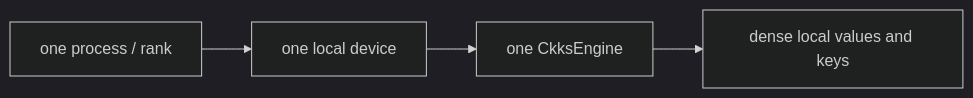
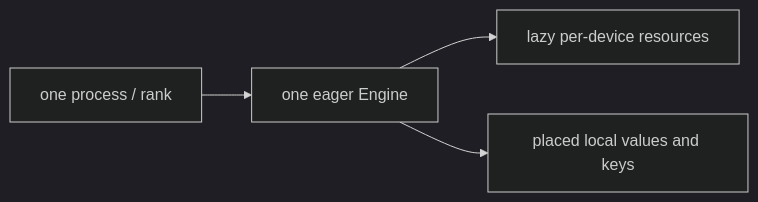
One commit to visualDust/fhelium changed the first of 3 diagrams in docs/concepts/architecture/ownership-and-responsibilities.md. Above: the diagram before and after it, drawn with Mermaid (dark theme). The commit also changed other lines of this file and 612 other files, not shown here.

Commit message:
Introduce several architecture changes and support Windows native build

````diff
--- a/docs/concepts/architecture/ownership-and-responsibilities.md
+++ b/docs/concepts/architecture/ownership-and-responsibilities.md
@@ -9,8 +9,9 @@
 ```mermaid
 flowchart LR
     PROCESS["one process / rank"]
-    DEVICE["one local device"]
-    ENGINE["one CkksEngine"]
-    VALUES["dense local values and keys"]
-    PROCESS --> DEVICE --> ENGINE --> VALUES
+    ENGINE["one eager Engine"]
+    DEVICES["lazy per-device resources"]
+    VALUES["placed local values and keys"]
+    PROCESS --> ENGINE --> DEVICES
+    ENGINE --> VALUES
 ```
````
